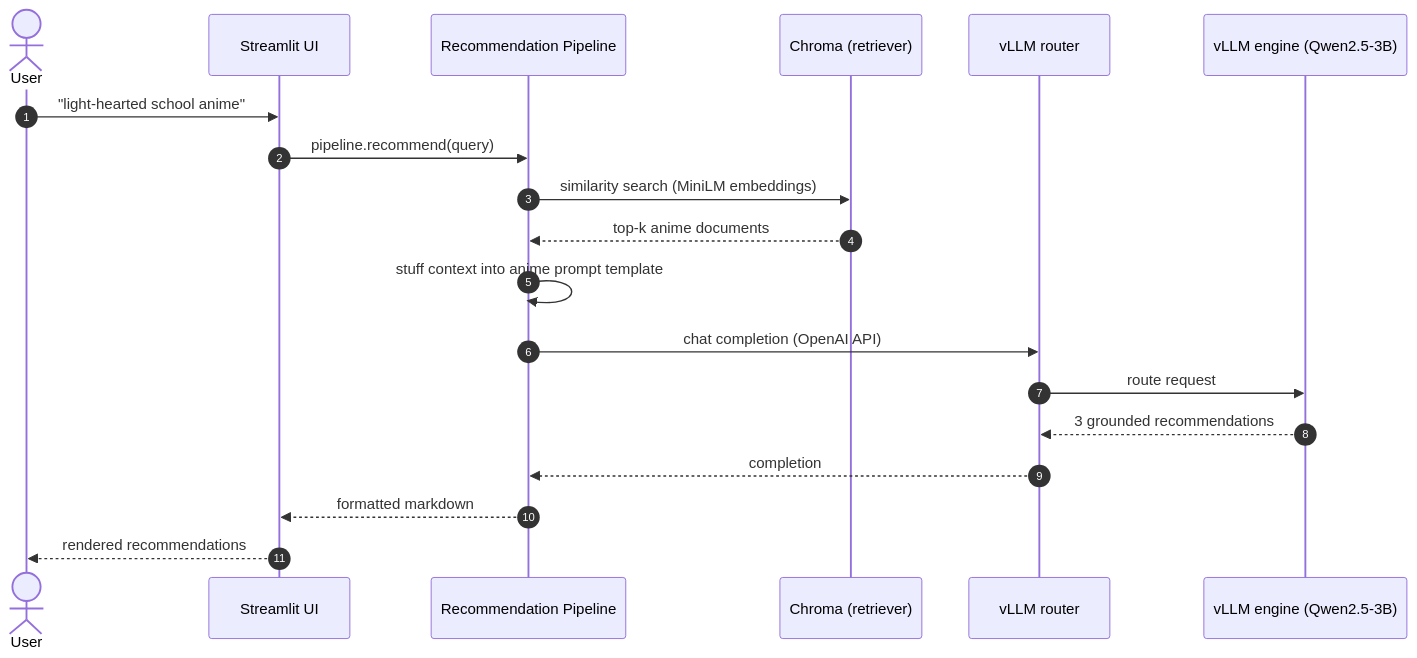
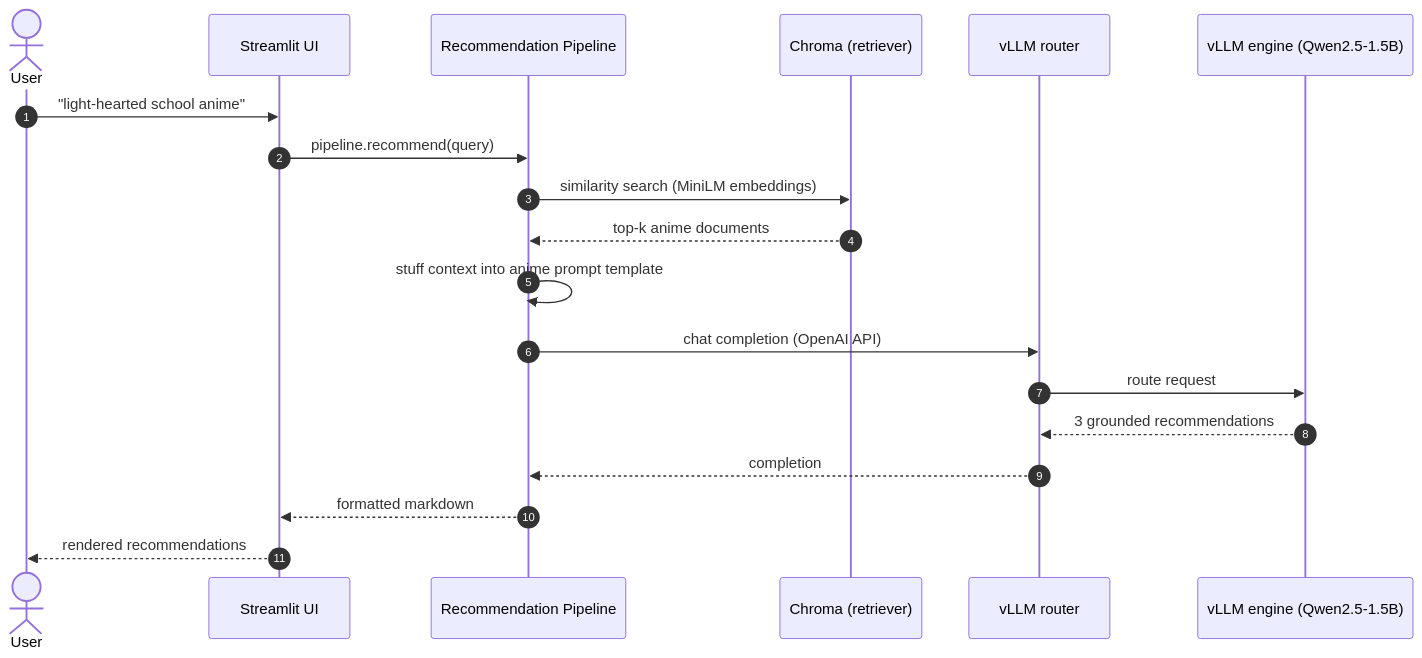
Before and after one commit to zessam/OtakuOps: the third of 7 diagrams in README.md, drawn with Mermaid. The commit also changed other lines of this file and 14 other files, not shown here.

````diff
--- a/README.md
+++ b/README.md
@@ -121,22 +121,22 @@
 ```mermaid
 sequenceDiagram
     autonumber
     actor U as User
     participant S as Streamlit UI
     participant P as Recommendation Pipeline
     participant C as Chroma (retriever)
     participant R as vLLM router
-    participant E as vLLM engine (Qwen2.5-3B)
+    participant E as vLLM engine (Qwen2.5-1.5B)
 
     U->>S: "light-hearted school anime"
     S->>P: pipeline.recommend(query)
     P->>C: similarity search (MiniLM embeddings)
     C-->>P: top-k anime documents
     P->>P: stuff context into anime prompt template
     P->>R: chat completion (OpenAI API)
     R->>E: route request
     E-->>R: 3 grounded recommendations
     R-->>P: completion
     P-->>S: formatted markdown
     S-->>U: rendered recommendations
 ```
````
